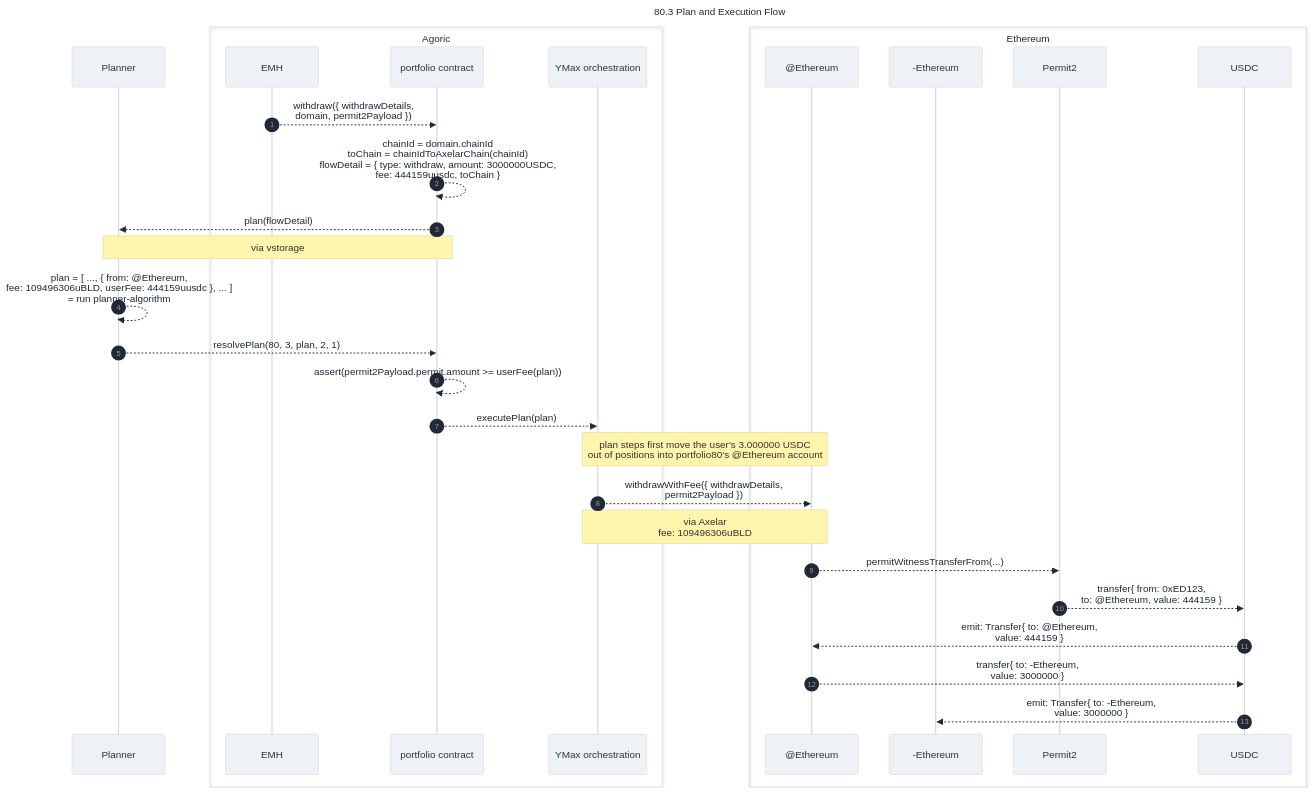
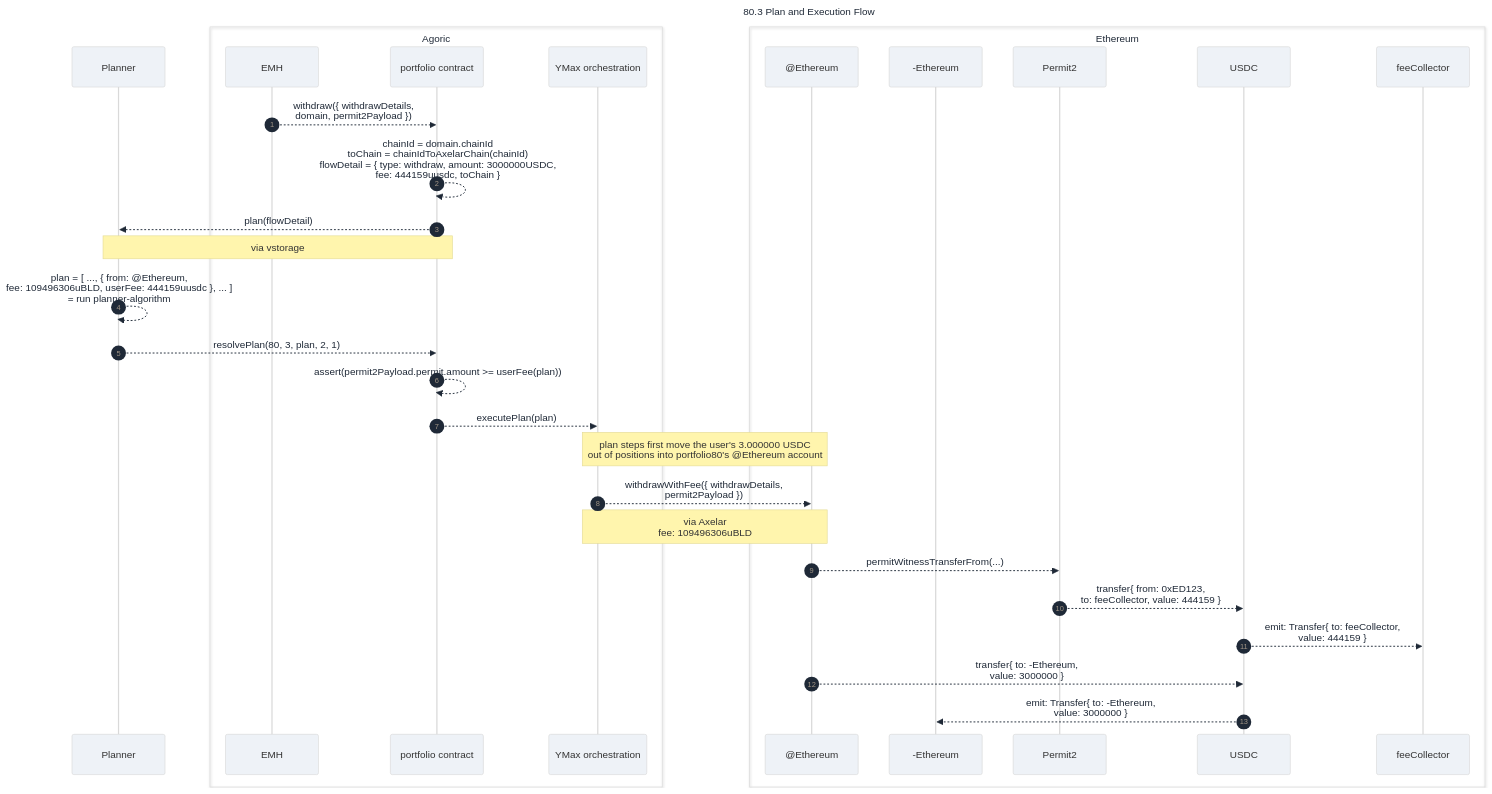
Before and after one commit to Agoric/agoric-sdk: the third of 4 diagrams in packages/portfolio-contract/docs-design/user-fees.md, drawn with Mermaid. The commit also changed other lines of this file, not shown here.

Commit message:
docs: design diagram fixes based on sim testing

````diff
--- a/packages/portfolio-contract/docs-design/user-fees.md
+++ b/packages/portfolio-contract/docs-design/user-fees.md
@@ -207,36 +204,37 @@
 ```mermaid
 %%{init: {'theme': 'base', 'themeVariables': {'background': '#f3f4f6', 'primaryColor': '#eef2f7', 'secondaryColor': '#e9eef5', 'tertiaryColor': '#f6f8fb', 'lineColor': '#5f6b7a', 'textColor': '#1f2937'}, 'themeCSS': '.sequenceNumber { font-size: 14px !important; font-weight: 600; }'}}%%
 sequenceDiagram
     title 80.3 Plan and Execution Flow
     autonumber
 
     participant ypr as Planner
     box Agoric
     participant emh as EMH
     participant portfolio as portfolio contract
     participant orch as YMax orchestration
     end
     box Ethereum
     participant acctEth as @Ethereum
     participant userEth as -Ethereum
     participant p2 as Permit2
     participant usdc as USDC
+    participant feeCollector as feeCollector
     end
 
     emh-->>portfolio: withdraw({ withdrawDetails,<br/>domain, permit2Payload })
     portfolio-->>portfolio: chainId = domain.chainId<br/>toChain = chainIdToAxelarChain(chainId)<br/>flowDetail = { type: withdraw, amount: 3000000USDC,<br/>fee: 444159uusdc, toChain }
     portfolio-->>ypr: plan(flowDetail)
     Note over portfolio,ypr: via vstorage
     ypr-->>ypr: plan = [ ..., { from: @Ethereum,<br/>fee: 109496306uBLD, userFee: 444159uusdc }, ... ]<br/>= run planner-algorithm
     ypr-->>portfolio: resolvePlan(80, 3, plan, 2, 1)
     portfolio-->>portfolio: assert(permit2Payload.permit.amount >= userFee(plan))
     portfolio-->>orch: executePlan(plan)
     Note over orch,acctEth: plan steps first move the user's 3.000000 USDC<br/>out of positions into portfolio80's @Ethereum account
     orch-->>acctEth: withdrawWithFee({ withdrawDetails,<br/>permit2Payload })
     Note over orch,acctEth: via Axelar<br/>fee: 109496306uBLD
     acctEth-->>p2: permitWitnessTransferFrom(...)
-    p2-->>usdc: transfer{ from: 0xED123,<br/>to: @Ethereum, value: 444159 }
-    usdc-->>acctEth: emit: Transfer{ to: @Ethereum,<br/>value: 444159 }
+    p2-->>usdc: transfer{ from: 0xED123,<br/>to: feeCollector, value: 444159 }
+    usdc-->>feeCollector: emit: Transfer{ to: feeCollector,<br/>value: 444159 }
     acctEth-->>usdc: transfer{ to: -Ethereum,<br/>value: 3000000 }
     usdc-->>userEth: emit: Transfer{ to: -Ethereum,<br/>value: 3000000 }
 ```
````
